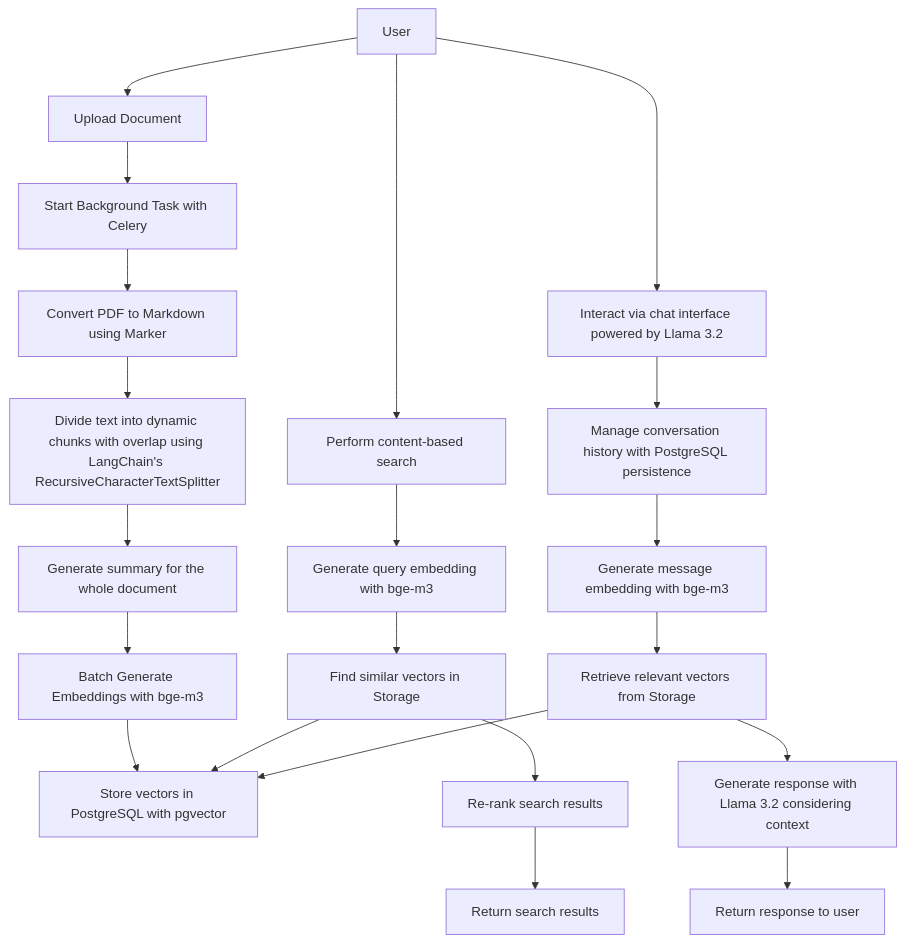
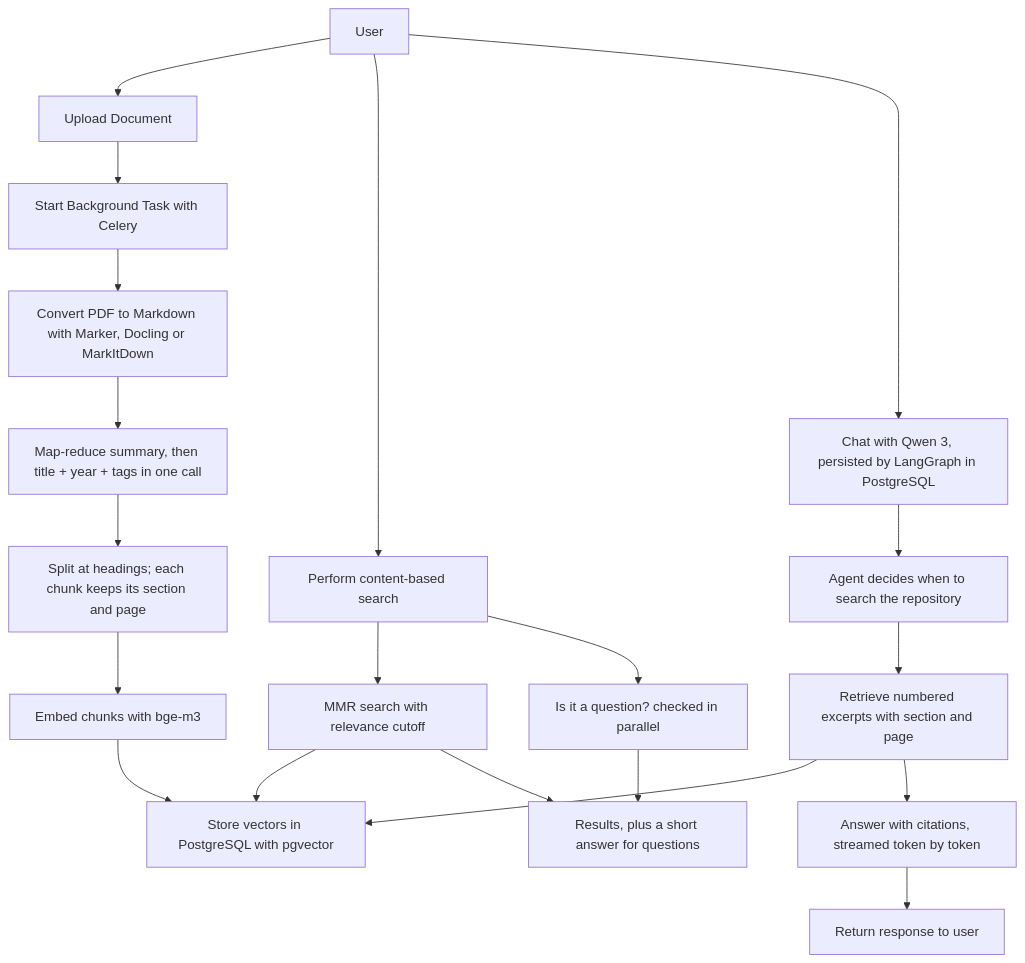
One commit to mjcarnaje/catsight.ai changed the diagram in README.md. Above: the diagram before and after it, drawn with Mermaid. The commit also changed other lines of this file and 1 other file, not shown here.

````diff
--- a/README.md
+++ b/README.md
@@ -110,25 +121,24 @@
 ```mermaid
 flowchart TB
     User --> Upload[Upload Document]
     Upload --> Check[Start Background Task with Celery]
-    Check --> TextConversion[Convert PDF to Markdown using Marker]
-    TextConversion --> Chunking[Divide text into dynamic chunks with overlap using LangChain's RecursiveCharacterTextSplitter]
-    Chunking --> DocumentSummary[Generate summary for the whole document]
-    DocumentSummary --> EmbeddingBatch[Batch Generate Embeddings with bge-m3]
+    Check --> TextConversion[Convert PDF to Markdown with Marker, Docling or MarkItDown]
+    TextConversion --> DocumentSummary[Map-reduce summary, then title + year + tags in one call]
+    DocumentSummary --> Chunking[Split at headings; each chunk keeps its section and page]
+    Chunking --> EmbeddingBatch[Embed chunks with bge-m3]
     EmbeddingBatch --> Storage[Store vectors in PostgreSQL with pgvector]
 
     User --> Search[Perform content-based search]
-    Search --> QueryEmbedding[Generate query embedding with bge-m3]
-    QueryEmbedding --> SimilaritySearch[Find similar vectors in Storage]
+    Search --> SimilaritySearch[MMR search with relevance cutoff]
     SimilaritySearch --> Storage
-    SimilaritySearch --> ReRank[Re-rank search results]
-    ReRank --> SearchResults[Return search results]
+    Search --> IsQuestion[Is it a question? checked in parallel]
+    SimilaritySearch --> SearchResults[Results, plus a short answer for questions]
+    IsQuestion --> SearchResults
 
-    User --> Chat[Interact via chat interface powered by Llama 3.2]
-    Chat --> ChatHistory[Manage conversation history with PostgreSQL persistence]
-    ChatHistory --> ChatEmbedding[Generate message embedding with bge-m3]
-    ChatEmbedding --> ContextRetrieval[Retrieve relevant vectors from Storage]
+    User --> Chat[Chat with Qwen 3, persisted by LangGraph in PostgreSQL]
+    Chat --> Agent[Agent decides when to search the repository]
+    Agent --> ContextRetrieval[Retrieve numbered excerpts with section and page]
     ContextRetrieval --> Storage
-    ContextRetrieval --> ResponseGeneration[Generate response with Llama 3.2 considering context]
+    ContextRetrieval --> ResponseGeneration[Answer with citations, streamed token by token]
     ResponseGeneration --> ChatOutput[Return response to user]
 ```
````
